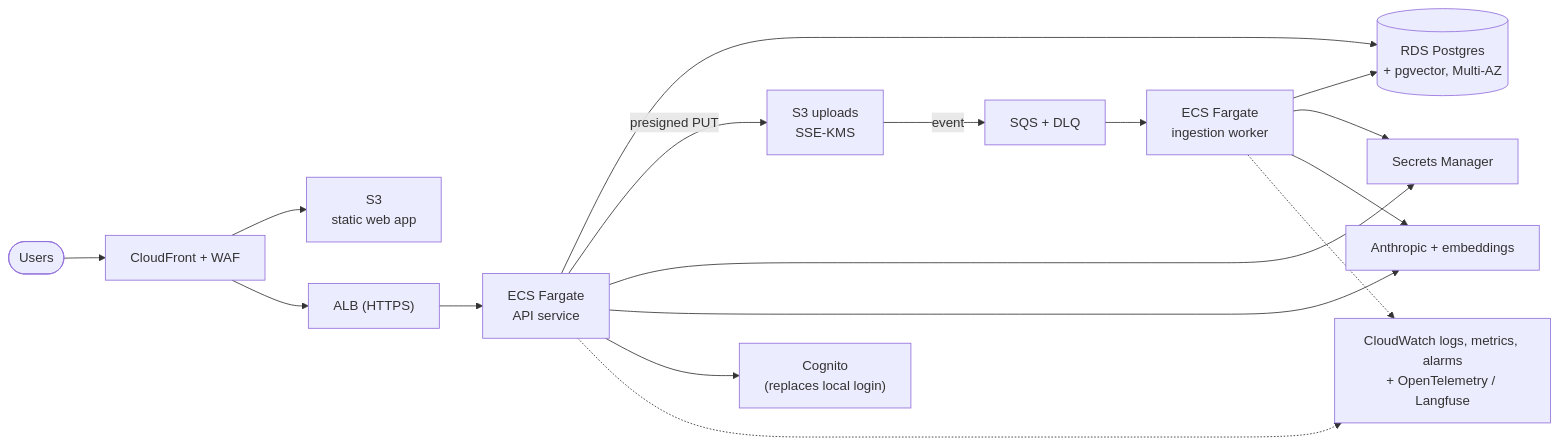
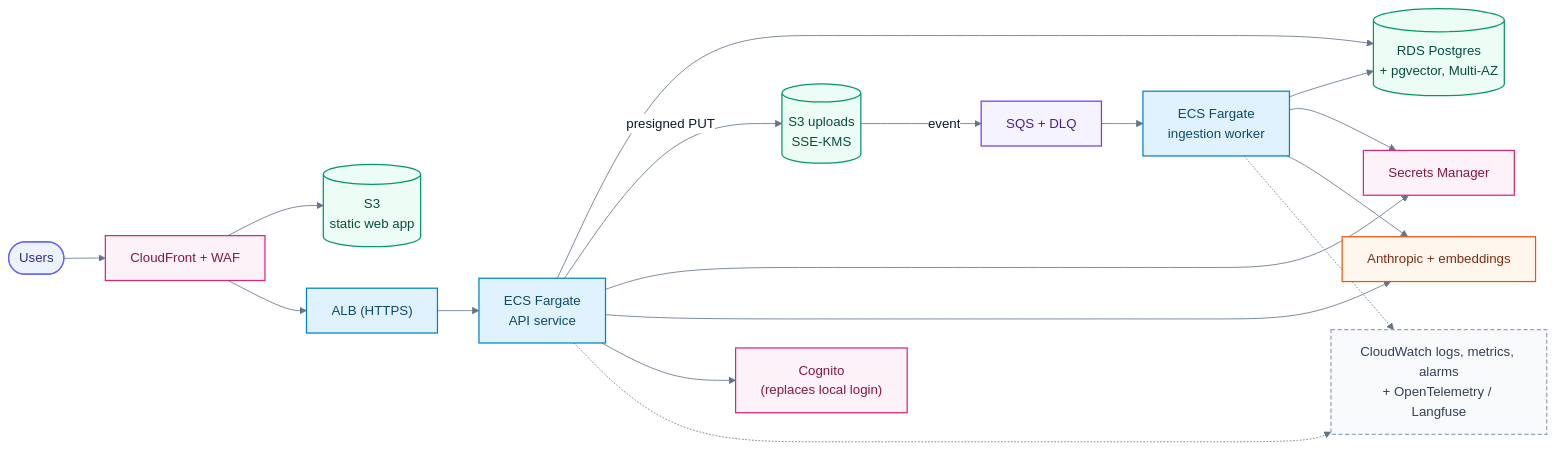
Before and after one commit to mrussum/practice-intel: the ninth of 9 diagrams in docs/architecture.md, drawn with Mermaid. The commit also changed other lines of this file, not shown here.

First line of the commit message:
docs: colour-code the architecture diagrams

````diff
--- a/docs/architecture.md
+++ b/docs/architecture.md
@@ -308,18 +403,28 @@
 ```mermaid
+%%{init: {"theme":"base","themeVariables":{"primaryColor":"#E0F2FE","primaryBorderColor":"#0284C7","primaryTextColor":"#0F172A","lineColor":"#64748B","clusterBkg":"#F8FAFC","clusterBorder":"#CBD5E1","edgeLabelBackground":"#FFFFFF","titleColor":"#334155"}}}%%
 flowchart LR
-  user(["Users"]) --> cf["CloudFront + WAF"]
-  cf --> s3web["S3<br/>static web app"]
-  cf --> alb["ALB (HTTPS)"]
-  alb --> apisvc["ECS Fargate<br/>API service"]
+  user(["Users"]):::client --> cf["CloudFront + WAF"]:::sec
+  cf --> s3web[("S3<br/>static web app")]:::data
+  cf --> alb["ALB (HTTPS)"]:::app
+  alb --> apisvc["ECS Fargate<br/>API service"]:::app
 
-  apisvc --> rds[("RDS Postgres<br/>+ pgvector, Multi-AZ")]
-  apisvc -- "presigned PUT" --> s3up["S3 uploads<br/>SSE-KMS"]
-  s3up -- "event" --> sqs["SQS + DLQ"]
-  sqs --> worker["ECS Fargate<br/>ingestion worker"]
+  apisvc --> rds[("RDS Postgres<br/>+ pgvector, Multi-AZ")]:::data
+  apisvc -- "presigned PUT" --> s3up[("S3 uploads<br/>SSE-KMS")]:::data
+  s3up -- "event" --> sqs["SQS + DLQ"]:::logic
+  sqs --> worker["ECS Fargate<br/>ingestion worker"]:::app
   worker --> rds
 
-  apisvc & worker --> sm["Secrets Manager"]
-  apisvc & worker --> ai["Anthropic + embeddings"]
-  apisvc --> cognito["Cognito<br/>(replaces local login)"]
-  apisvc & worker -.-> cw["CloudWatch logs, metrics, alarms<br/>+ OpenTelemetry / Langfuse"]
+  apisvc & worker --> sm["Secrets Manager"]:::sec
+  apisvc & worker --> ai["Anthropic + embeddings"]:::ai
+  apisvc --> cognito["Cognito<br/>(replaces local login)"]:::sec
+  apisvc & worker -.-> cw["CloudWatch logs, metrics, alarms<br/>+ OpenTelemetry / Langfuse"]:::ops
+
+  classDef client fill:#EEF2FF,stroke:#6366F1,color:#312E81,stroke-width:1.5px
+  classDef app fill:#E0F2FE,stroke:#0284C7,color:#0C4A6E,stroke-width:1.5px
+  classDef logic fill:#F5F3FF,stroke:#7C3AED,color:#4C1D95,stroke-width:1.5px
+  classDef data fill:#ECFDF5,stroke:#059669,color:#064E3B,stroke-width:1.5px
+  classDef ai fill:#FFF7ED,stroke:#EA580C,color:#7C2D12,stroke-width:1.5px
+  classDef sec fill:#FDF2F8,stroke:#DB2777,color:#831843,stroke-width:1.5px
+  classDef decision fill:#FEFCE8,stroke:#CA8A04,color:#713F12,stroke-width:1.5px
+  classDef ops fill:#F8FAFC,stroke:#94A3B8,color:#334155,stroke-width:1.5px,stroke-dasharray:5 3
 ```
````
